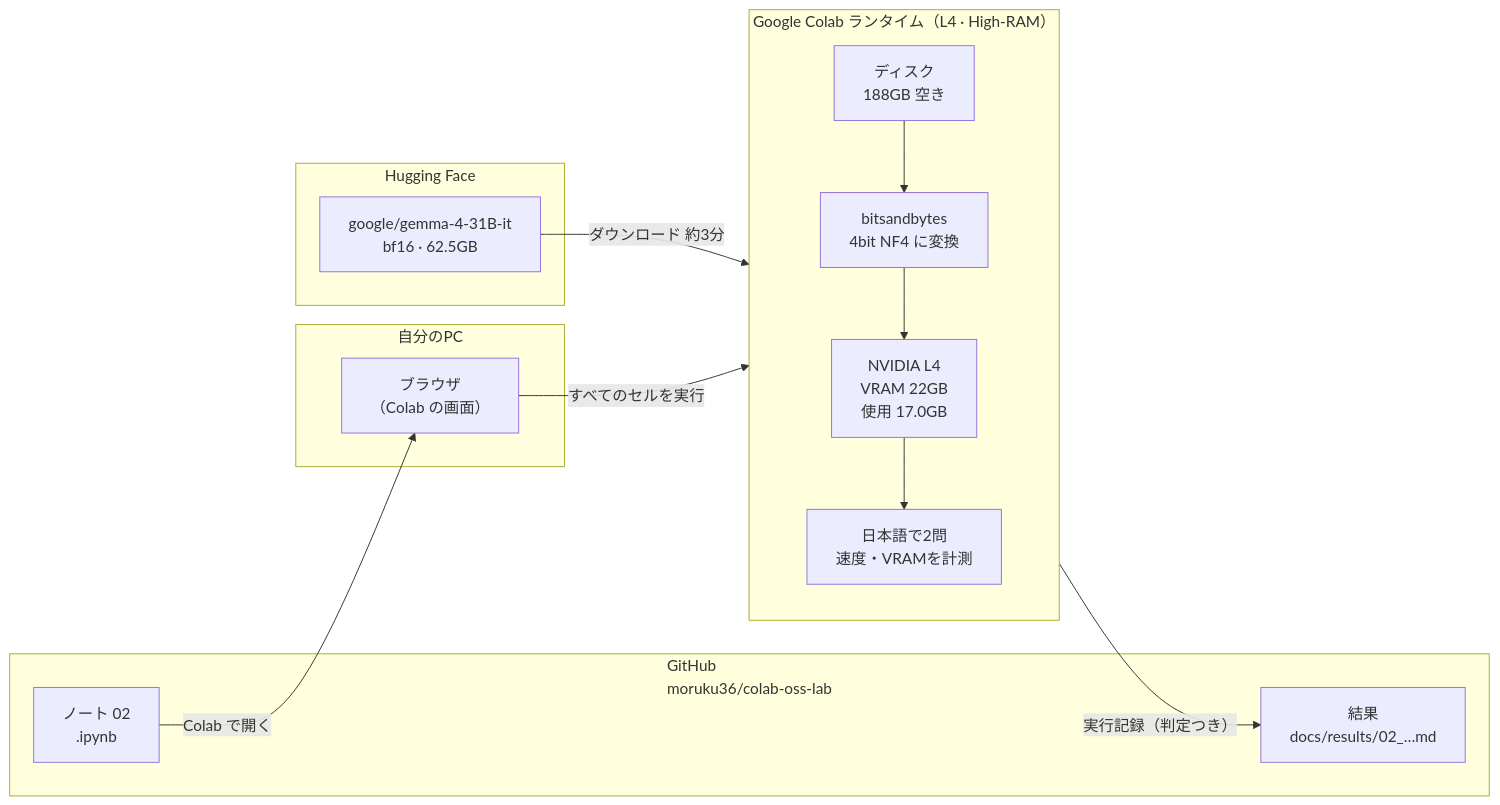
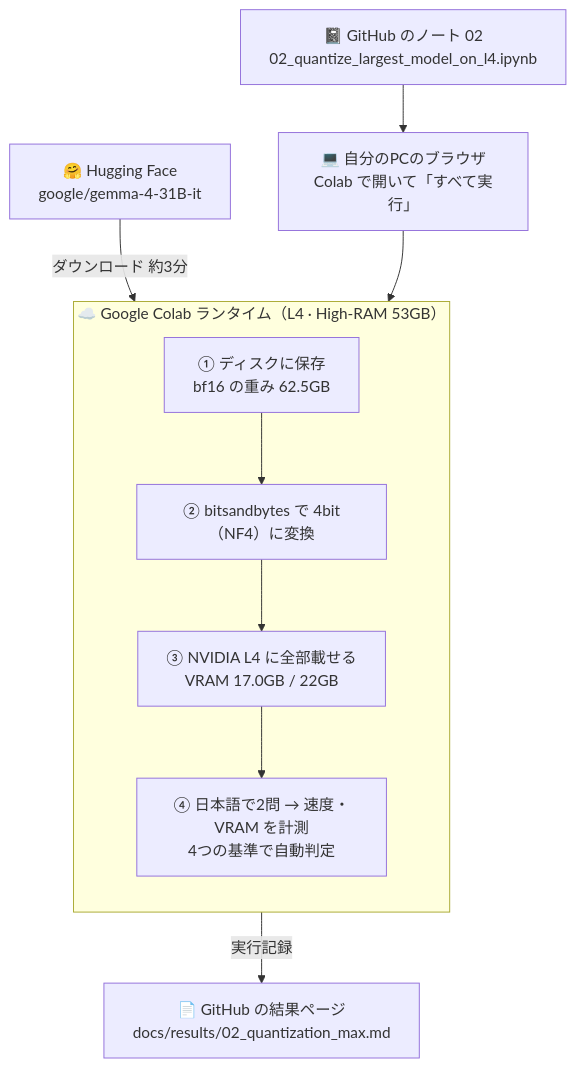
The diagram in docs/results/02_quantization_max.md (moruku36/colab-oss-lab), drawn with Mermaid before and after one commit. The commit also changed 1 other file, not shown here.

Commit message:
docs: 構成図を縦向きにして読みやすくする

````diff
--- a/docs/results/02_quantization_max.md
+++ b/docs/results/02_quantization_max.md
@@ -13,25 +13,18 @@
 ```mermaid
-flowchart LR
-    subgraph PC["自分のPC"]
-        B["ブラウザ<br/>（Colab の画面）"]
-    end
-    subgraph GH["GitHub<br/>moruku36/colab-oss-lab"]
-        NB["ノート 02<br/>.ipynb"]
-        RES["結果<br/>docs/results/02_…md"]
-    end
-    subgraph HF["Hugging Face"]
-        M["google/gemma-4-31B-it<br/>bf16 · 62.5GB"]
-    end
-    subgraph COLAB["Google Colab ランタイム（L4 · High-RAM）"]
+flowchart TB
+    NB["📓 GitHub のノート 02<br/>02_quantize_largest_model_on_l4.ipynb"]
+    B["💻 自分のPCのブラウザ<br/>Colab で開いて「すべて実行」"]
+    subgraph COLAB["☁️ Google Colab ランタイム（L4 · High-RAM 53GB）"]
         direction TB
-        DISK["ディスク<br/>188GB 空き"]
-        BNB["bitsandbytes<br/>4bit NF4 に変換"]
-        GPU["NVIDIA L4<br/>VRAM 22GB<br/>使用 17.0GB"]
-        GEN["日本語で2問<br/>速度・VRAMを計測"]
+        DISK["① ディスクに保存<br/>bf16 の重み 62.5GB"]
+        BNB["② bitsandbytes で 4bit（NF4）に変換"]
+        GPU["③ NVIDIA L4 に全部載せる<br/>VRAM 17.0GB / 22GB"]
+        GEN["④ 日本語で2問 → 速度・VRAM を計測<br/>4つの基準で自動判定"]
         DISK --> BNB --> GPU --> GEN
     end
-    NB -- "Colab で開く" --> B
-    B -- "すべてのセルを実行" --> COLAB
-    M -- "ダウンロード 約3分" --> DISK
-    GEN -- "実行記録（判定つき）" --> RES
+    HF["🤗 Hugging Face<br/>google/gemma-4-31B-it"]
+    RES["📄 GitHub の結果ページ<br/>docs/results/02_quantization_max.md"]
+    NB --> B --> COLAB
+    HF -- "ダウンロード 約3分" --> DISK
+    GEN -- "実行記録" --> RES
 ```
````
